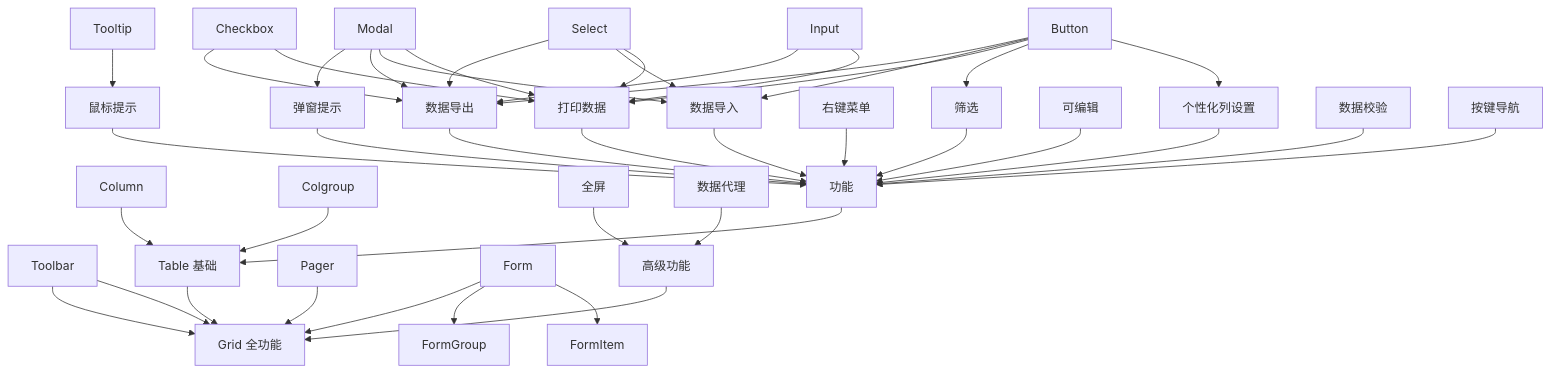
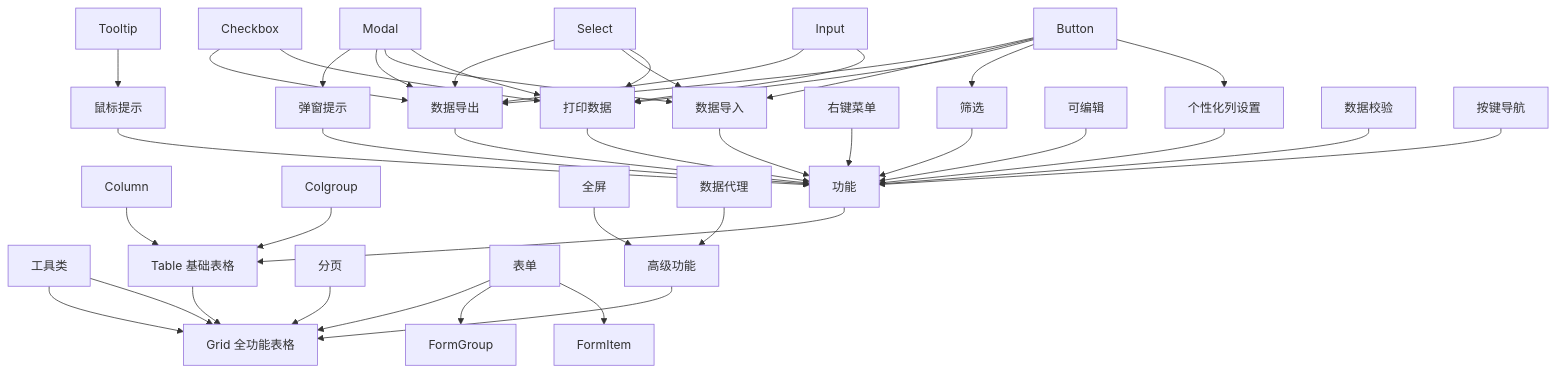
Before and after one commit to x-extends/vxe-ui-docs: the second of 4 diagrams in framework.md, drawn with Mermaid. The commit also changed other lines of this file, not shown here.

````diff
--- a/framework.md
+++ b/framework.md
@@ -16,44 +16,44 @@
 ```mermaid
 graph TD;
-    Toolbar-->Grid[Grid 全功能];
-    Table[Table 基础]-->Grid;
+    Toolbar[工具类]-->Grid[Grid 全功能表格];
+    Table[Table 基础表格]-->Grid;
     Column-->Table;
     Colgroup-->Table;
-    Pager-->Grid;
-    Form-->Grid;
+    Pager[分页]-->Grid;
+    Form[表单]-->Grid;
     Form-->FormGroup;
     Form-->FormItem;
     Toolbar-->Grid;
     gFunc[高级功能]-->Grid;
     zoom[全屏]-->gFunc;
     proxy[数据代理]-->gFunc;
     modules[功能]-->Table;
     tip[鼠标提示]-->modules;
     Tooltip-->tip;
     modal[弹窗提示]-->modules;
     Modal-->modal;
     export[数据导出]-->modules;
     Button-->export;
     Checkbox-->export;
     Select-->export;
     Input-->export;
     Modal-->export;
     import[数据导入]-->modules;
     Button-->import;
     Modal-->import;
     Select-->import;
     print[打印数据]-->modules;
     Button-->print;
     Checkbox-->print;
     Select-->print;
     Input-->print;
     Modal-->print;
     menu[右键菜单]-->modules;
     filter[筛选]-->modules;
     Button-->filter;
     edit[可编辑]-->modules;
     custom[个性化列设置]-->modules;
     Button-->custom;
     Vvalidator[数据校验]-->modules;
     keyboard[按键导航]-->modules;
 ```
````
